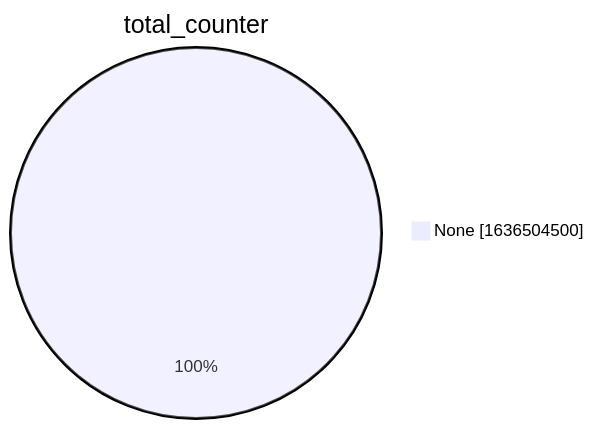
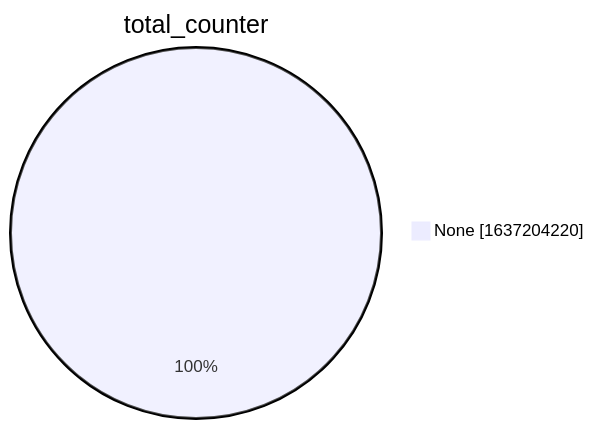
Before and after one commit to christiankrug/ctmonitor_visualization: the second of 15 diagrams in xenon2022/README.md, drawn with Mermaid. The commit also changed other lines of this file, not shown here.

````diff
--- a/xenon2022/README.md
+++ b/xenon2022/README.md
@@ -9,5 +9,5 @@
 ```mermaid
 pie showData
 title total_counter
-"None" :1636504500
+"None" :1637204220
 ```
````
